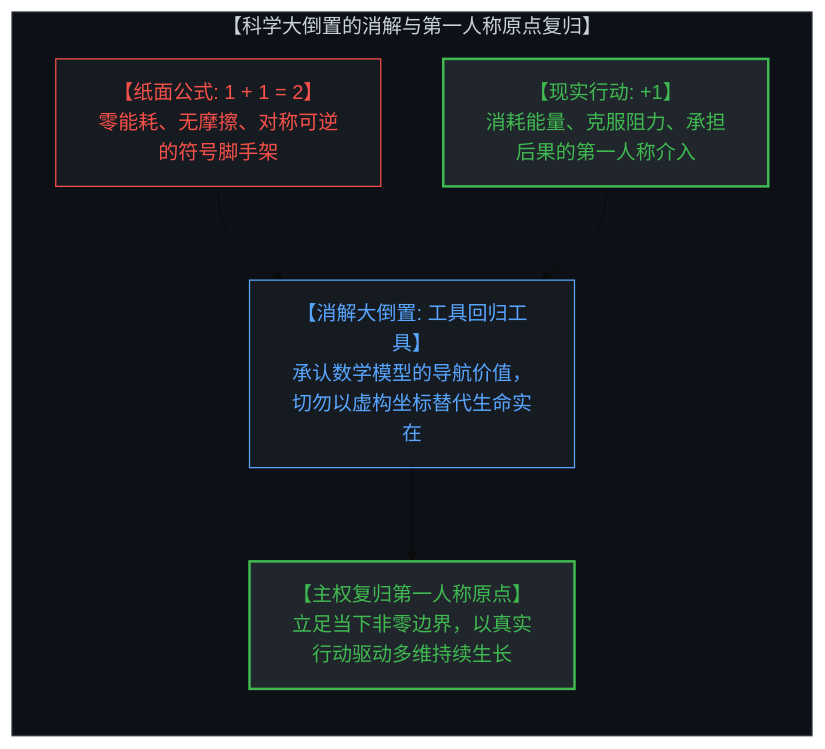
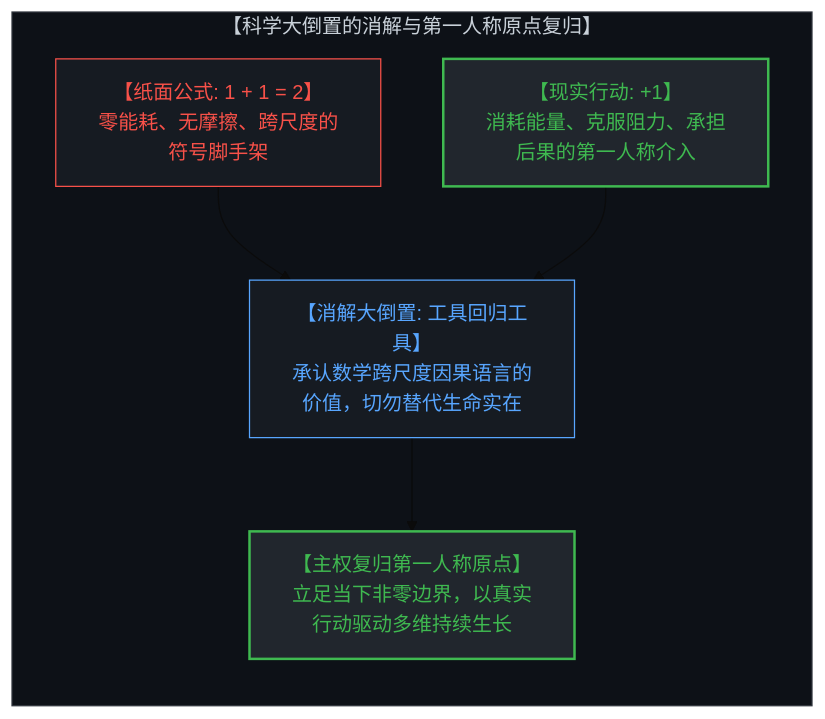
Before and after one commit to powerpig99/not-a-toe: the sixth of 6 diagrams in content/posts/the-illusion-of-the-tool-and-the-inversion-of-time.md, drawn with Mermaid (base theme). The commit also changed other lines of this file and 3 other files, not shown here.

````diff
--- a/content/posts/the-illusion-of-the-tool-and-the-inversion-of-time.md
+++ b/content/posts/the-illusion-of-the-tool-and-the-inversion-of-time.md
@@ -211,18 +266,18 @@
 ```mermaid
 graph TD
     subgraph TheGreatReversalResolution["【科学大倒置的消解与第一人称原点复归】"]
         direction TB
-        PaperTautology["【纸面公式: 1 + 1 = 2】<br>零能耗、无摩擦、对称可逆的符号脚手架"]
+        PaperTautology["【纸面公式: 1 + 1 = 2】<br>零能耗、无摩擦、跨尺度的符号脚手架"]
         LivingIntervention["【现实行动: +1】<br>消耗能量、克服阻力、承担后果的第一人称介入"]
-        ReversalDissolved["【消解大倒置: 工具回归工具】<br>承认数学模型的导航价值，切勿以虚构坐标替代生命实在"]
+        ReversalDissolved["【消解大倒置: 工具回归工具】<br>承认数学跨尺度因果语言的价值，切勿替代生命实在"]
         SovereigntyReclaimed["【主权复归第一人称原点】<br>立足当下非零边界，以真实行动驱动多维持续生长"]
         PaperTautology --> ReversalDissolved
         LivingIntervention --> ReversalDissolved
         ReversalDissolved --> SovereigntyReclaimed
     end
     style TheGreatReversalResolution fill:#0d1117,stroke:#30363d,stroke-width:1px,color:#c9d1d9
     style PaperTautology fill:#161b22,stroke:#f85149,stroke-width:1px,color:#f85149
     style LivingIntervention fill:#21262d,stroke:#3fb950,stroke-width:2px,color:#3fb950
     style ReversalDissolved fill:#161b22,stroke:#58a6ff,stroke-width:1px,color:#58a6ff
     style SovereigntyReclaimed fill:#21262d,stroke:#3fb950,stroke-width:2px,color:#3fb950
 ```
````
